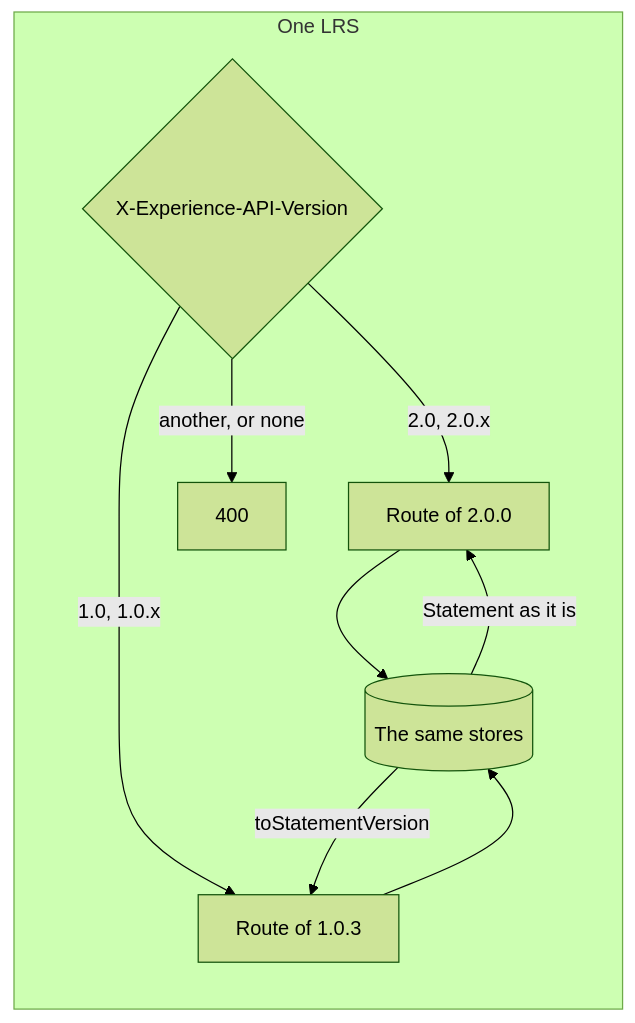
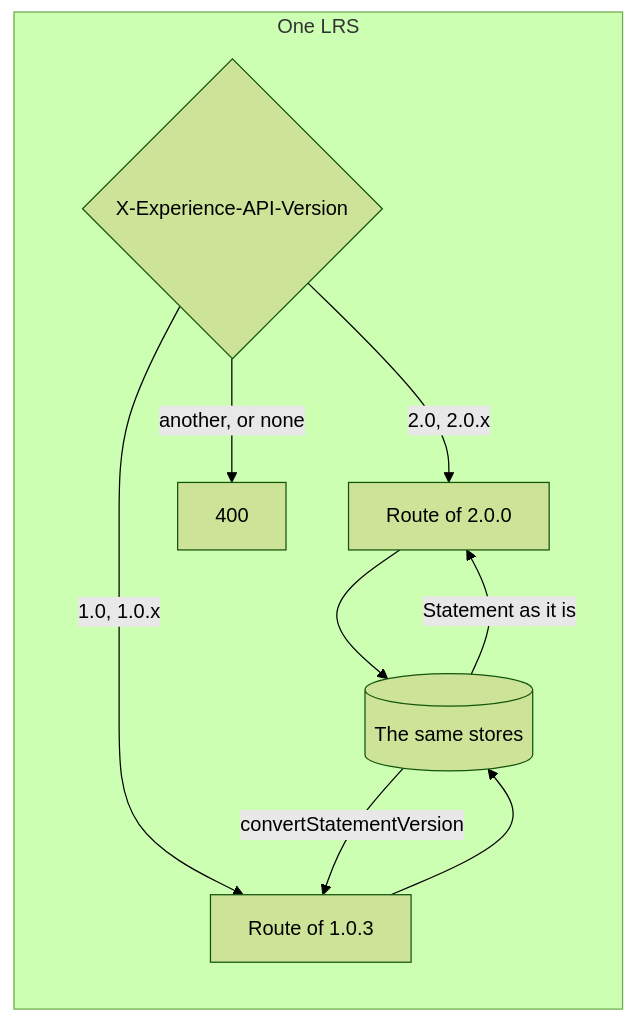
One commit to interopkit/interopkit changed the first of 2 diagrams in docs/learning-records/versions.md. Above: the diagram before and after it, drawn with Mermaid (forest theme). The commit also changed other lines of this file and 368 other files, not shown here.

````diff
--- a/docs/learning-records/versions.md
+++ b/docs/learning-records/versions.md
@@ -7,13 +7,13 @@
 ```mermaid
 flowchart LR
   subgraph one["One LRS"]
     header{"X-Experience-API-Version"}
     header -->|"2.0, 2.0.x"| v2["Route of 2.0.0"]
     header -->|"1.0, 1.0.x"| v1["Route of 1.0.3"]
     header -->|"another, or none"| refused["400"]
     v2 --> store[("The same stores")]
     v1 --> store
     store -->|"Statement as it is"| v2
-    store -->|"toStatementVersion"| v1
+    store -->|"convertStatementVersion"| v1
   end
 ```
````
